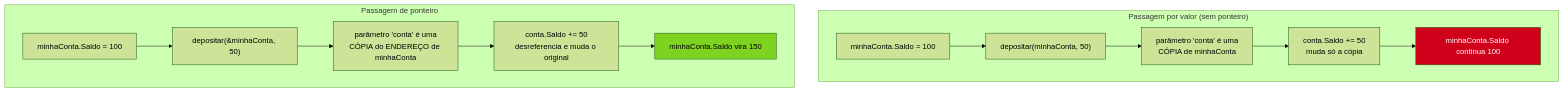
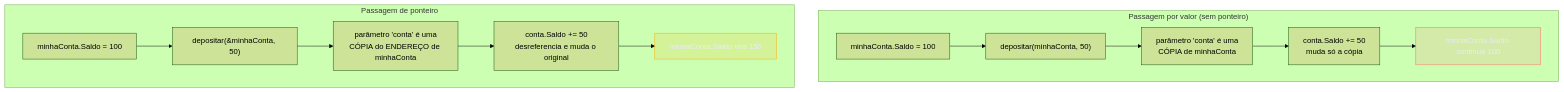
The second of 3 diagrams in 03-Dominios/Tecnologia/Go/01 - Fundamentos e sintaxe/07 - Ponteiros e o modelo de memória.md (josenaldo/codex-technomanticus), drawn with Mermaid (forest theme) before and after one commit. The commit also changed other lines of this file and 1181 other files, not shown here.

First line of the commit message:
fix(diagramas): paleta do sistema no lugar de cor cravada no markdown

````diff
--- a/03-Dominios/Tecnologia/Go/01 - Fundamentos e sintaxe/07 - Ponteiros e o modelo de memória.md
+++ b/03-Dominios/Tecnologia/Go/01 - Fundamentos e sintaxe/07 - Ponteiros e o modelo de memória.md
@@ -129,19 +131,21 @@
 ```mermaid
 flowchart TD
+    classDef falha fill:#FF6B6B24,stroke:#FF6B6B,color:#E9ECF2
+    classDef destaque fill:#FFAA0024,stroke:#FFAA00,color:#E9ECF2
     subgraph SemPonteiro["Passagem por valor (sem ponteiro)"]
         A1["minhaConta.Saldo = 100"] --> A2["depositar(minhaConta, 50)"]
         A2 --> A3["parâmetro 'conta' é uma\nCÓPIA de minhaConta"]
         A3 --> A4["conta.Saldo += 50\nmuda só a cópia"]
         A4 --> A5["minhaConta.Saldo continua 100"]
     end
 
     subgraph ComPonteiro["Passagem de ponteiro"]
         B1["minhaConta.Saldo = 100"] --> B2["depositar(&minhaConta, 50)"]
         B2 --> B3["parâmetro 'conta' é uma\nCÓPIA do ENDEREÇO de minhaConta"]
         B3 --> B4["conta.Saldo += 50\ndesreferencia e muda o original"]
         B4 --> B5["minhaConta.Saldo vira 150"]
     end
 
-    style A5 fill:#D0021B,color:#fff
-    style B5 fill:#7ED321,color:#000
+    class A5 falha
+    class B5 destaque
 ```
````
